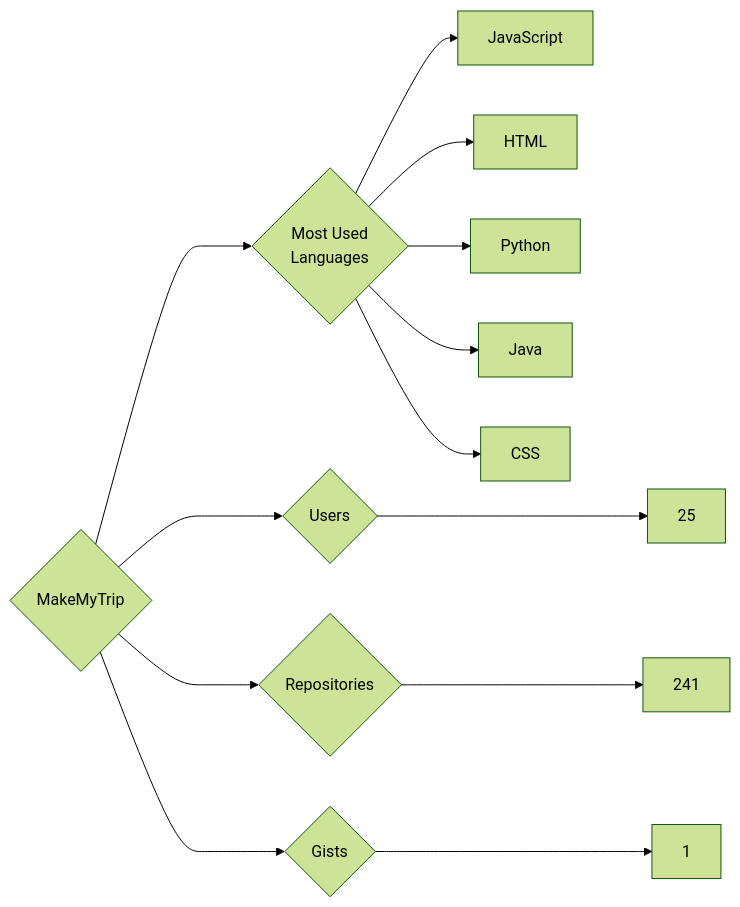
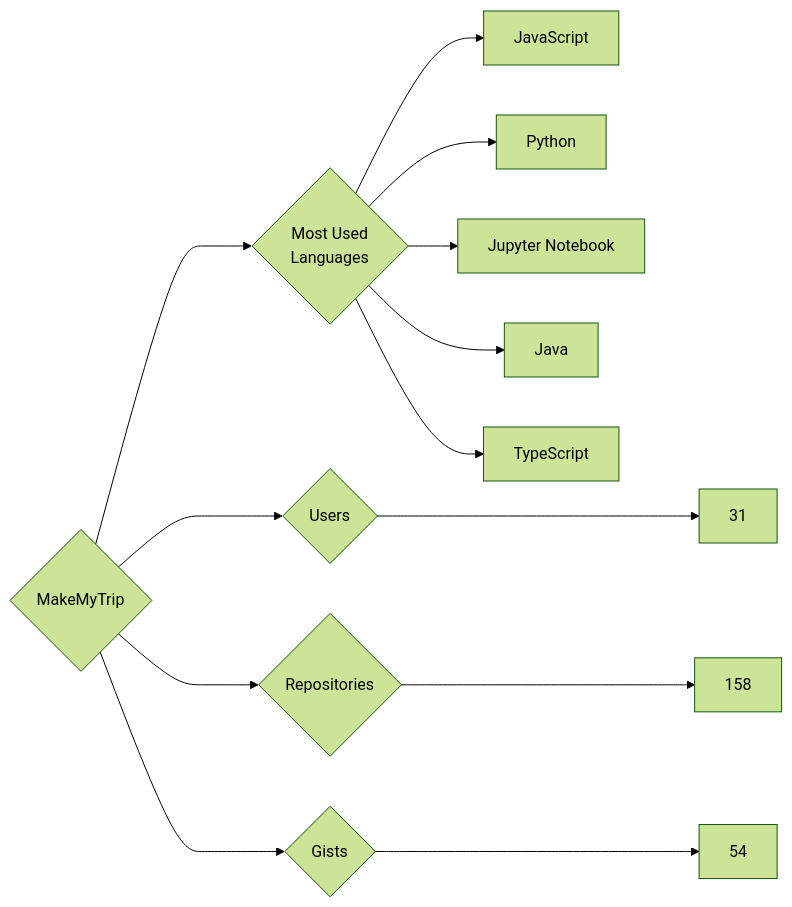
The diagram in targets/MakeMyTrip/README.md (trickest/insiders), drawn with Mermaid (forest theme) before and after one commit. The commit also changed 872 other files, not shown here.

````diff
--- a/targets/MakeMyTrip/README.md
+++ b/targets/MakeMyTrip/README.md
@@ -3,13 +3,13 @@
 ```mermaid
 graph LR
 COMPANY_NAME{MakeMyTrip}
-COMPANY_NAME ---> U{Users} ---> UN[25]
-COMPANY_NAME ---> R{Repositories} ---> RN[241]
-COMPANY_NAME ---> G{Gists} ---> GN[1]
+COMPANY_NAME ---> U{Users} ---> UN[31]
+COMPANY_NAME ---> R{Repositories} ---> RN[158]
+COMPANY_NAME ---> G{Gists} ---> GN[54]
 COMPANY_NAME ---> ML{Most Used<br>Languages}
 ML --> JavaScript[JavaScript]
-ML --> HTML[HTML]
 ML --> Python[Python]
+ML --> Jupyter_Notebook[Jupyter Notebook]
 ML --> Java[Java]
-ML --> CSS[CSS]
+ML --> TypeScript[TypeScript]
 ```
````
